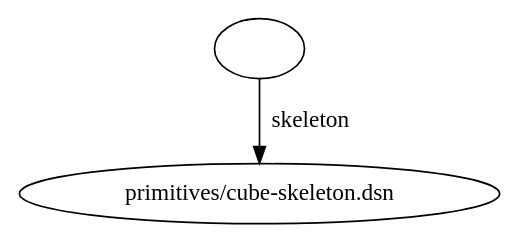
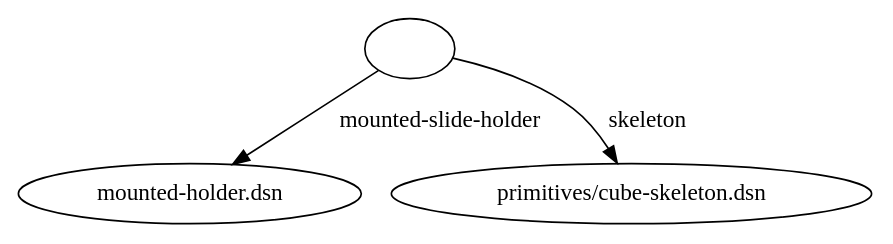
The diagram in examples/designs/cube-mounted/slide-holder.dsn/_designs-graph:y.dot (openUC2/optikit), drawn with Graphviz before and after one commit. The commit also changed 181 other files, not shown here.

```diff
--- a/examples/designs/cube-mounted/slide-holder.dsn/_designs-graph:y.dot
+++ b/examples/designs/cube-mounted/slide-holder.dsn/_designs-graph:y.dot
@@ -1,16 +1,24 @@
 digraph "" {
-	graph [bb="0,0,244.67,124.8"];
+	graph [bb="0,0,439.88,124.8"];
 	node [label="\N"];
 	edge [label="\E"];
 	""	[height=0.5,
-		pos="122.34,106.8",
+		pos="202.55,106.8",
 		width=0.75];
+	"mounted-holder.dsn"	[height=0.5,
+		label="mounted-holder.dsn",
+		pos="88.547,18",
+		width=2.4596];
+	"" -> "mounted-holder.dsn"	[key=" -> mounted-holder.dsn: mounted-slide-holder",
+		label="mounted-slide-holder",
+		lp="216.02,62.4",
+		pos="e,110.73,35.89 185.23,92.617 167.87,79.397 140.75,58.751 119.65,42.684"];
 	"primitives/cube-skeleton.dsn"	[height=0.5,
 		label="primitives/cube-skeleton.dsn",
-		pos="122.34,18",
+		pos="317.55,18",
 		width=3.3982];
 	"" -> "primitives/cube-skeleton.dsn"	[key=" -> primitives/cube-skeleton.dsn: skeleton",
 		label=skeleton,
-		lp="145.66,62.4",
-		pos="e,122.34,36.41 122.34,88.651 122.34,76.958 122.34,61.192 122.34,47.618"];
+		lp="319.43,62.4",
+		pos="e,308.44,36.198 226.88,98.618 243.27,92.934 264.7,83.777 280.55,70.8 289,63.881 296.43,54.586 302.38,45.78"];
 }
```
